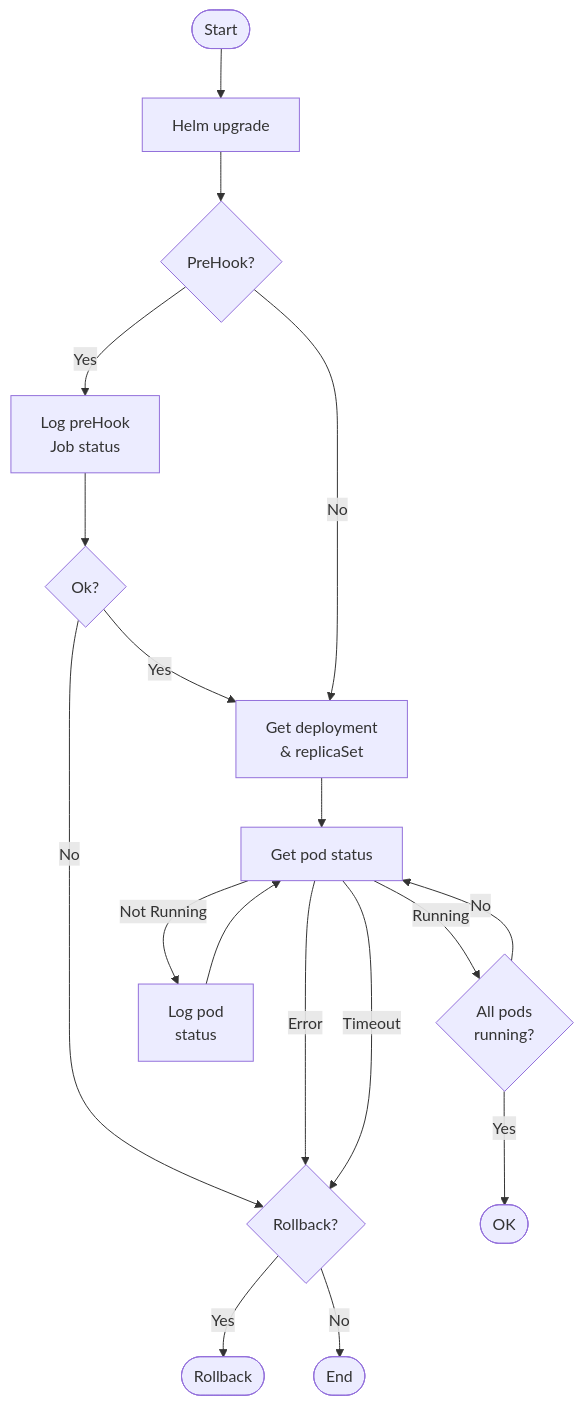
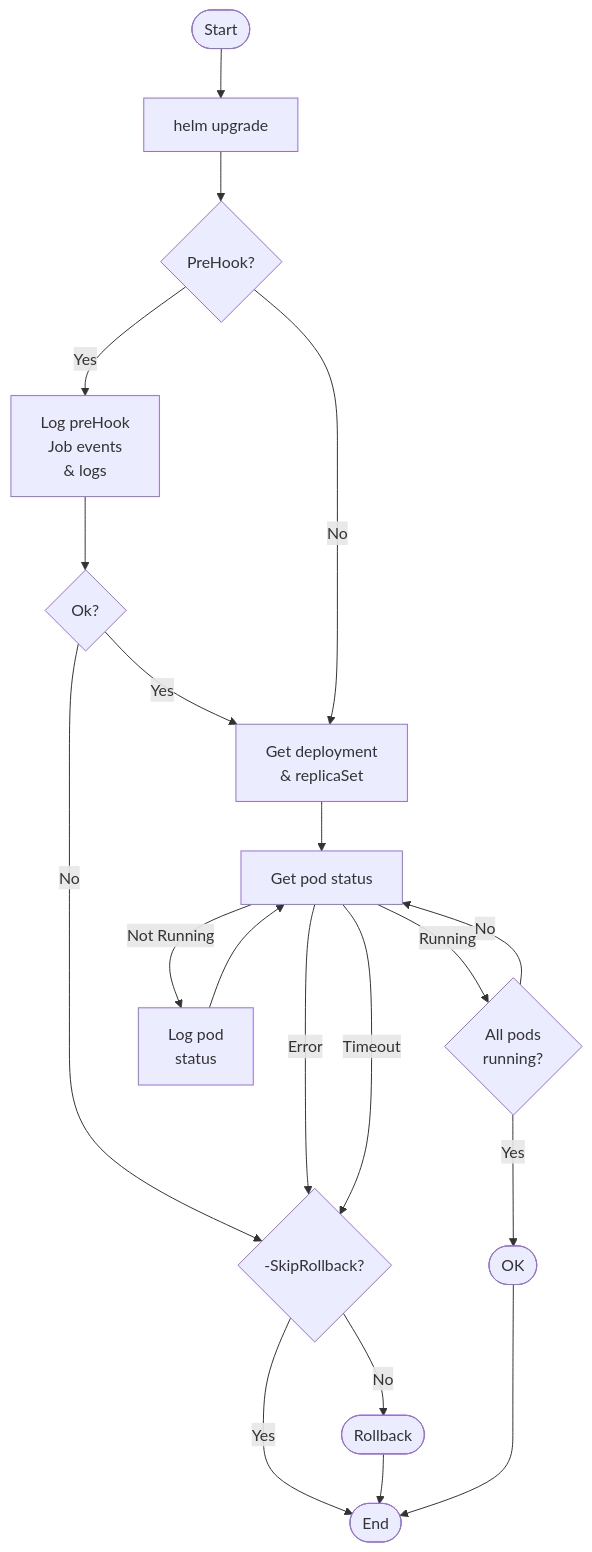
The diagram in README.md (MrSeekatar/K8sUtils), drawn with Mermaid before and after one commit. The commit also changed other lines of this file and 11 other files, not shown here.

````diff
--- a/README.md
+++ b/README.md
@@ -24,24 +42,26 @@
 ```mermaid
 flowchart TD
     start([Start]) --> upgrade
 
-    upgrade[Helm upgrade] --> preHook{PreHook?}
-    preHook -- Yes --> checkJob[Log preHook\nJob status]
+    upgrade[helm upgrade] --> preHook{PreHook?}
+    preHook -- Yes --> checkJob[Log preHook\nJob events\n& logs]
     checkJob --> jobOk{Ok?}
 
     jobOk -- No --> failed
     jobOk -- Yes --> deploy
     preHook -- No --> deploy
     deploy[Get deployment\n& replicaSet] --> pod
 
     running -- No --> pod
     pod[Get pod status] -- Running --> running{All pods\nrunning?}
     pod -- Not Running --> checkPod[Log pod\nstatus]
     checkPod --> pod
 
     pod -- Error ---> failed
     running -- Yes --> ok([OK])
-    pod -- Timeout ---> failed{Rollback?}
-    failed -- Yes --> rollback([Rollback])
-    failed -- No --> exit([End])
+    pod -- Timeout ---> failed{-SkipRollback?}
+    failed -- No --> rollback([Rollback])
+    failed -- Yes --> exit([End])
+    rollback --> exit
+    ok --> exit
 ```
````
